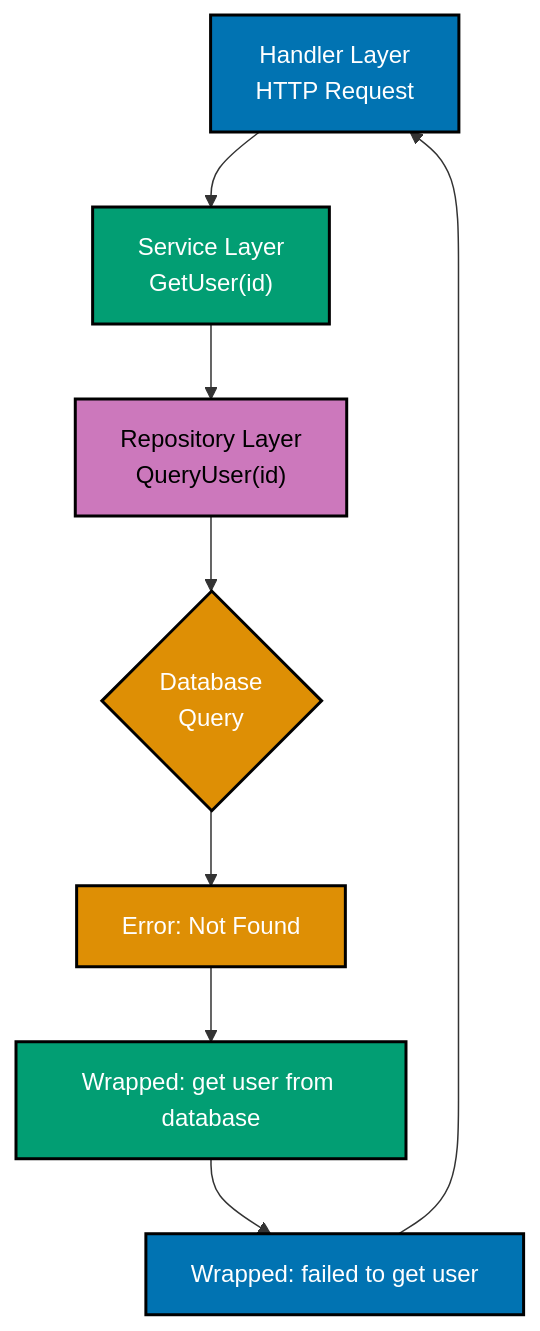
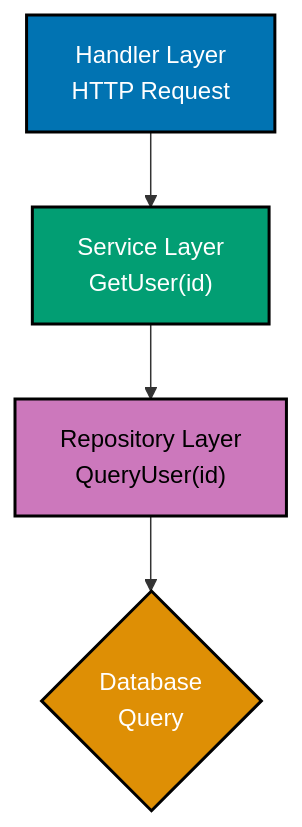
The first of 5 diagrams in docs/explanation/software-engineering/programming-languages/golang/error-handling-standards.md (wahidyankf/open-sharia-enterprise), drawn with Mermaid before and after one commit. The commit also changed other lines of this file and 11 other files, not shown here.

First line of the commit message:
fix(docs): fix mermaid violations in golang docs

````diff
--- a/docs/explanation/software-engineering/programming-languages/golang/error-handling-standards.md
+++ b/docs/explanation/software-engineering/programming-languages/golang/error-handling-standards.md
@@ -364,26 +364,19 @@
 ```mermaid
 %% Color Palette: Blue #0173B2, Orange #DE8F05, Teal #029E73, Purple #CC78BC
-%% Error wrapping propagation chain
+%% Error wrapping propagation chain — call stack going down
 
 graph TD
     A["Handler Layer<br/>HTTP Request"]:::blue
     B["Service Layer<br/>GetUser#40;id#41;"]:::teal
     C["Repository Layer<br/>QueryUser#40;id#41;"]:::purple
     D{"Database<br/>Query"}:::orange
-    E["Error: Not Found"]:::orange
-    F["Wrapped: get user from database"]:::teal
-    G["Wrapped: failed to get user"]:::blue
 
     A --> B
     B --> C
     C --> D
-    D --> E
-    E --> F
-    F --> G
-    G --> A
 
     classDef blue fill:#0173B2,stroke:#000000,color:#FFFFFF,stroke-width:2px
     classDef orange fill:#DE8F05,stroke:#000000,color:#FFFFFF,stroke-width:2px
     classDef teal fill:#029E73,stroke:#000000,color:#FFFFFF,stroke-width:2px
     classDef purple fill:#CC78BC,stroke:#000000,color:#000000,stroke-width:2px
 ```
````
